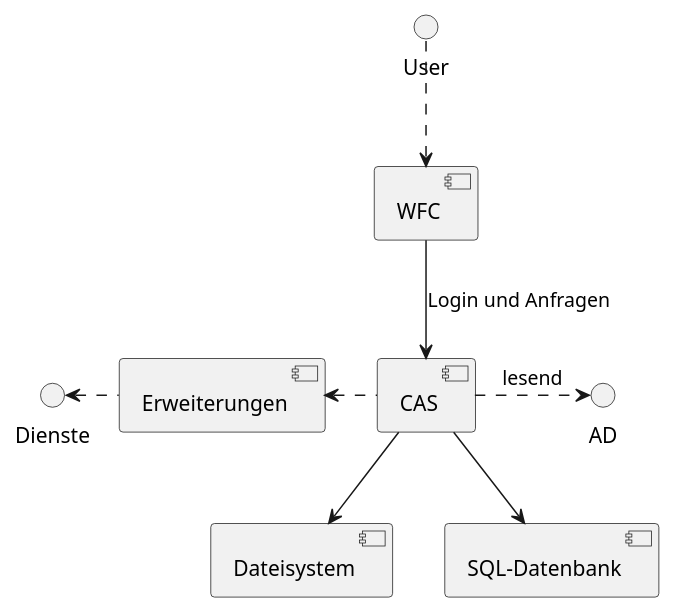
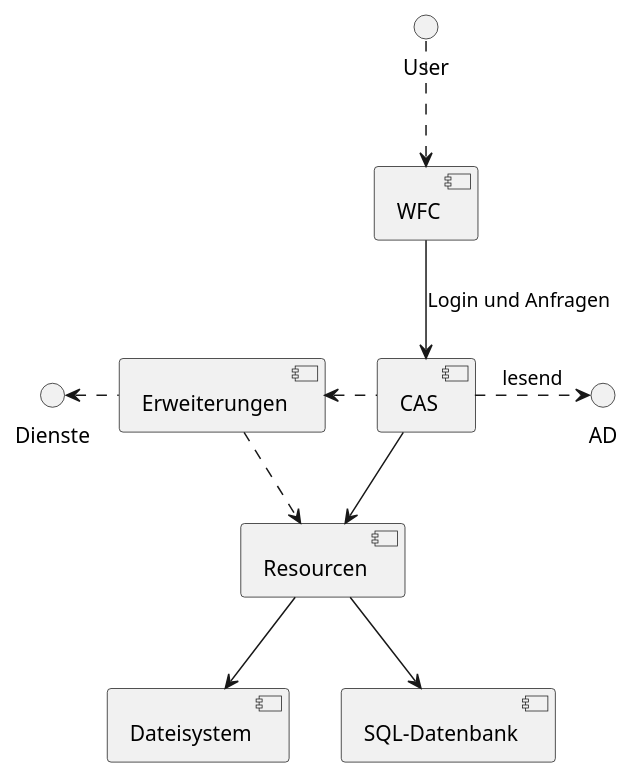
The diagram in doc/adoc/structure.adoc (minova-afis/aero.minova.cas), drawn with PlantUML before and after one commit.

Commit message:
Struktur-Doku verbessern.

```diff
--- a/doc/adoc/structure.adoc
+++ b/doc/adoc/structure.adoc
@@ -3,12 +3,14 @@
 [plantuml, format="svg"]
 ....
 @startuml
 [WFC] --> [CAS]: Login und Anfragen
 User ..> [WFC]
 [CAS] .right.> AD: lesend
-[CAS] --> [Dateisystem]
-[CAS] --> [SQL-Datenbank]
+[CAS] --> [Resourcen]
+[Resourcen] --> [Dateisystem]
+[Resourcen] --> [SQL-Datenbank]
 [CAS] .left.> [Erweiterungen]
 [Erweiterungen] .left.> Dienste
+[Erweiterungen] ..> [Resourcen]
 @enduml
 ....
```
